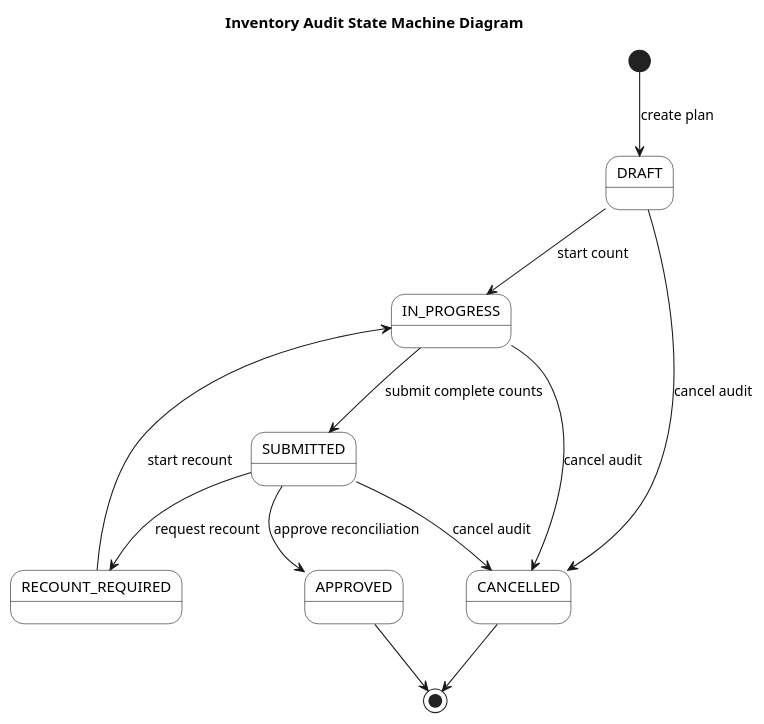
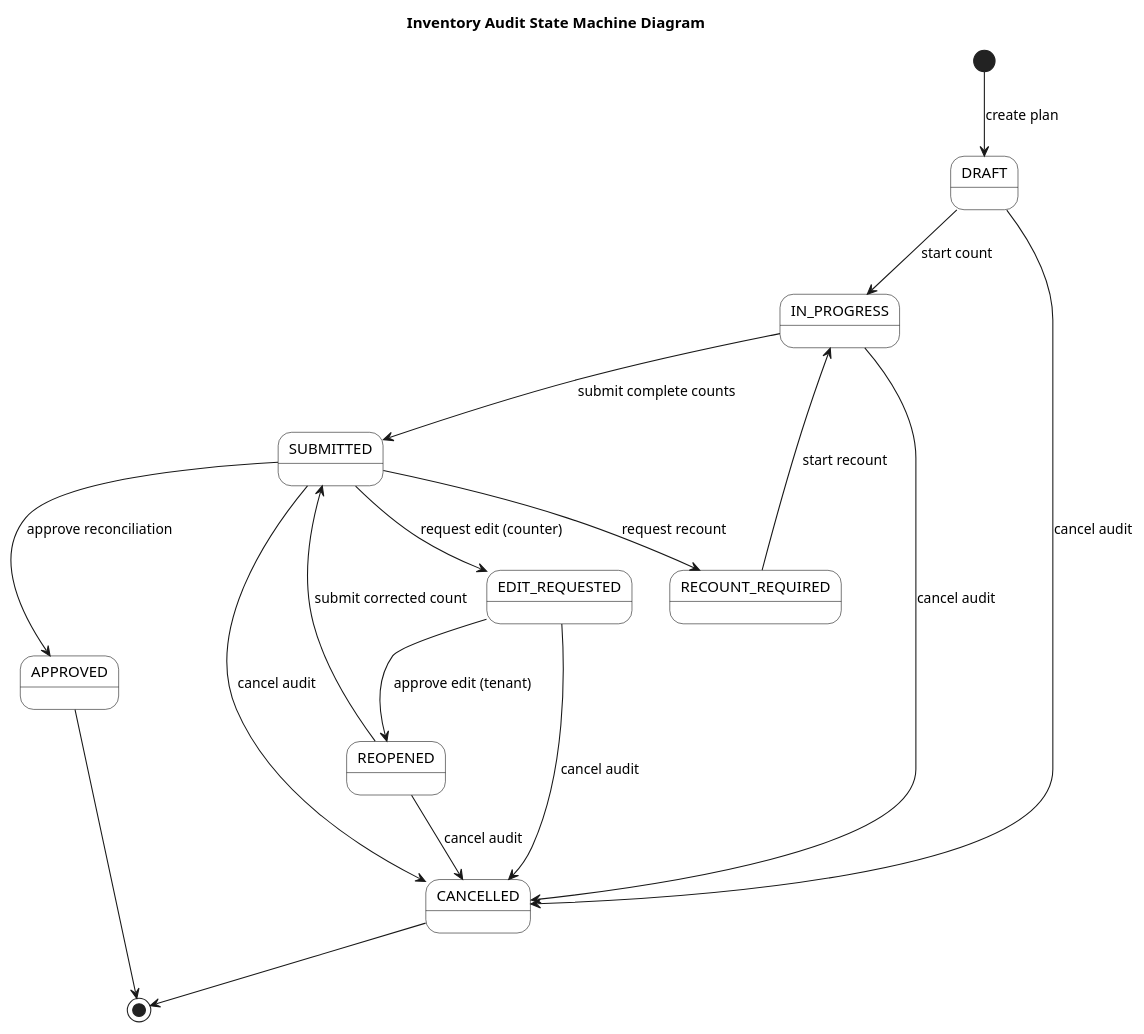
Before and after one commit to vinhleechem/StockSpace_BE: the third of 3 diagrams in docs/review3/diagrams/inventory-audit.md, drawn with PlantUML. The commit also changed other lines of this file and 2 other files, not shown here.

Commit message:
fix: tenant cannot  update

````diff
--- a/docs/review3/diagrams/inventory-audit.md
+++ b/docs/review3/diagrams/inventory-audit.md
@@ -144,25 +152,30 @@
 ```plantuml
 @startuml
 title Inventory Audit State Machine Diagram
 skinparam monochrome true
 skinparam shadowing false
 skinparam backgroundColor transparent
 skinparam state {
   BackgroundColor white
   BorderColor black
   FontColor black
 }
 
 [*] --> DRAFT : create plan
 DRAFT --> IN_PROGRESS : start count
 IN_PROGRESS --> SUBMITTED : submit complete counts
 SUBMITTED --> APPROVED : approve reconciliation
+SUBMITTED --> EDIT_REQUESTED : request edit (counter)
+EDIT_REQUESTED --> REOPENED : approve edit (tenant)
+REOPENED --> SUBMITTED : submit corrected count
 SUBMITTED --> RECOUNT_REQUIRED : request recount
 RECOUNT_REQUIRED --> IN_PROGRESS : start recount
 DRAFT --> CANCELLED : cancel audit
 IN_PROGRESS --> CANCELLED : cancel audit
 SUBMITTED --> CANCELLED : cancel audit
+EDIT_REQUESTED --> CANCELLED : cancel audit
+REOPENED --> CANCELLED : cancel audit
 APPROVED --> [*]
 CANCELLED --> [*]
 @enduml
 ```
````
